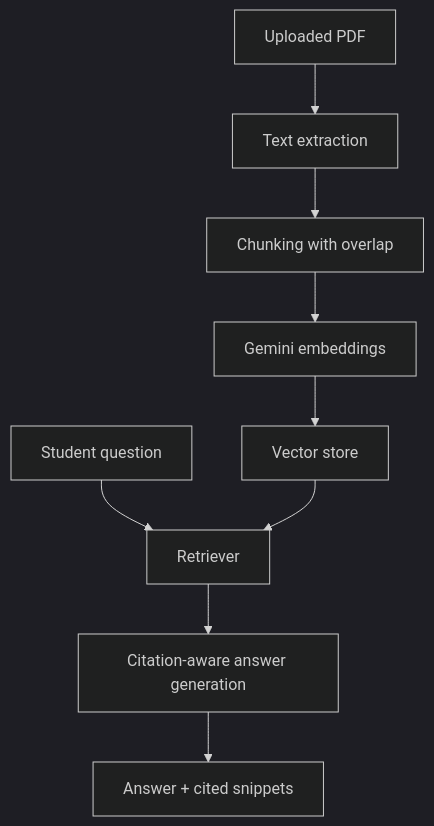
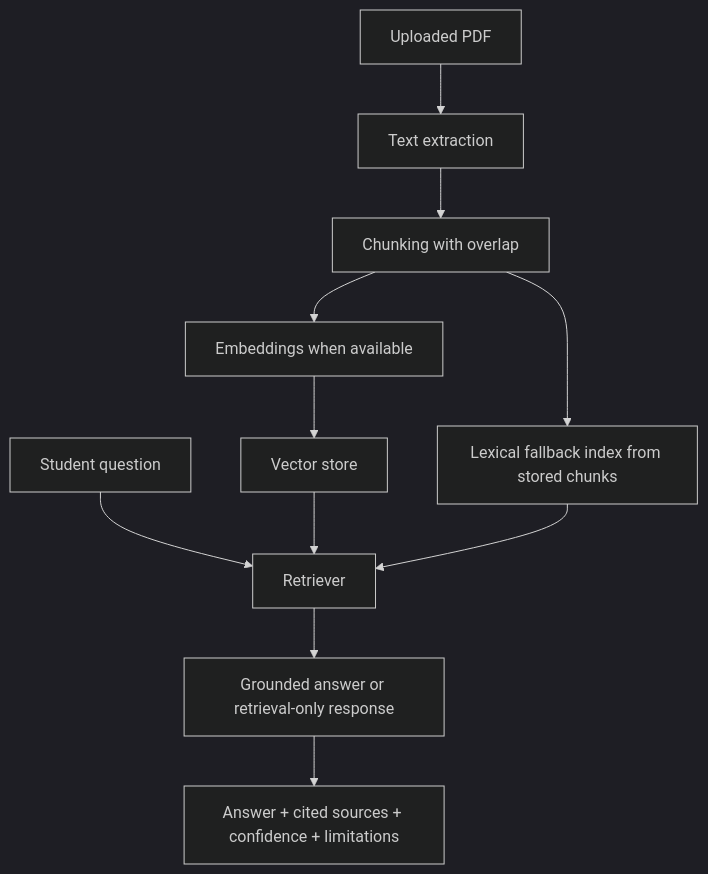
One commit to tauqxxr7/scholr changed the third of 4 diagrams in ARCHITECTURE.md. Above: the diagram before and after it, drawn with Mermaid (dark theme). The commit also changed other lines of this file and 7 other files, not shown here.

````diff
--- a/ARCHITECTURE.md
+++ b/ARCHITECTURE.md
@@ -102,11 +98,13 @@
 ```mermaid
 flowchart TD
     P["Uploaded PDF"] --> X["Text extraction"]
     X --> K["Chunking with overlap"]
-    K --> E["Gemini embeddings"]
+    K --> E["Embeddings when available"]
     E --> V["Vector store"]
+    K --> L["Lexical fallback index from stored chunks"]
     Q["Student question"] --> R["Retriever"]
     V --> R
-    R --> A["Citation-aware answer generation"]
-    A --> O["Answer + cited snippets"]
+    L --> R
+    R --> A["Grounded answer or retrieval-only response"]
+    A --> O["Answer + cited sources + confidence + limitations"]
 ```
````
